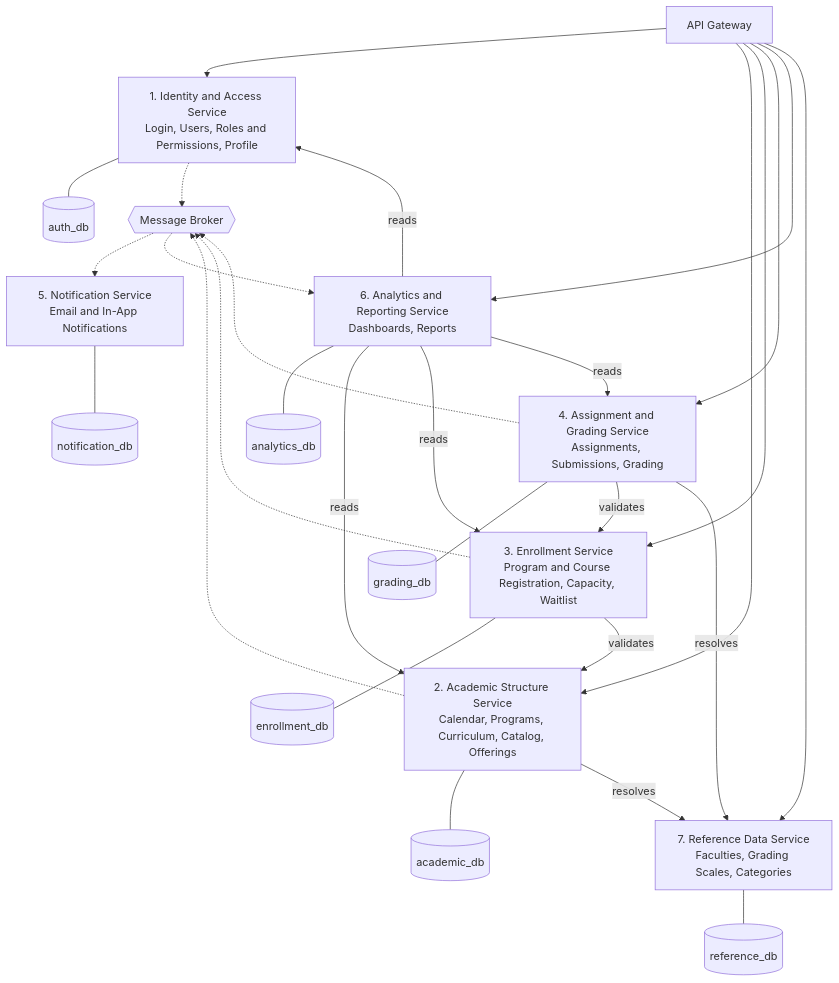
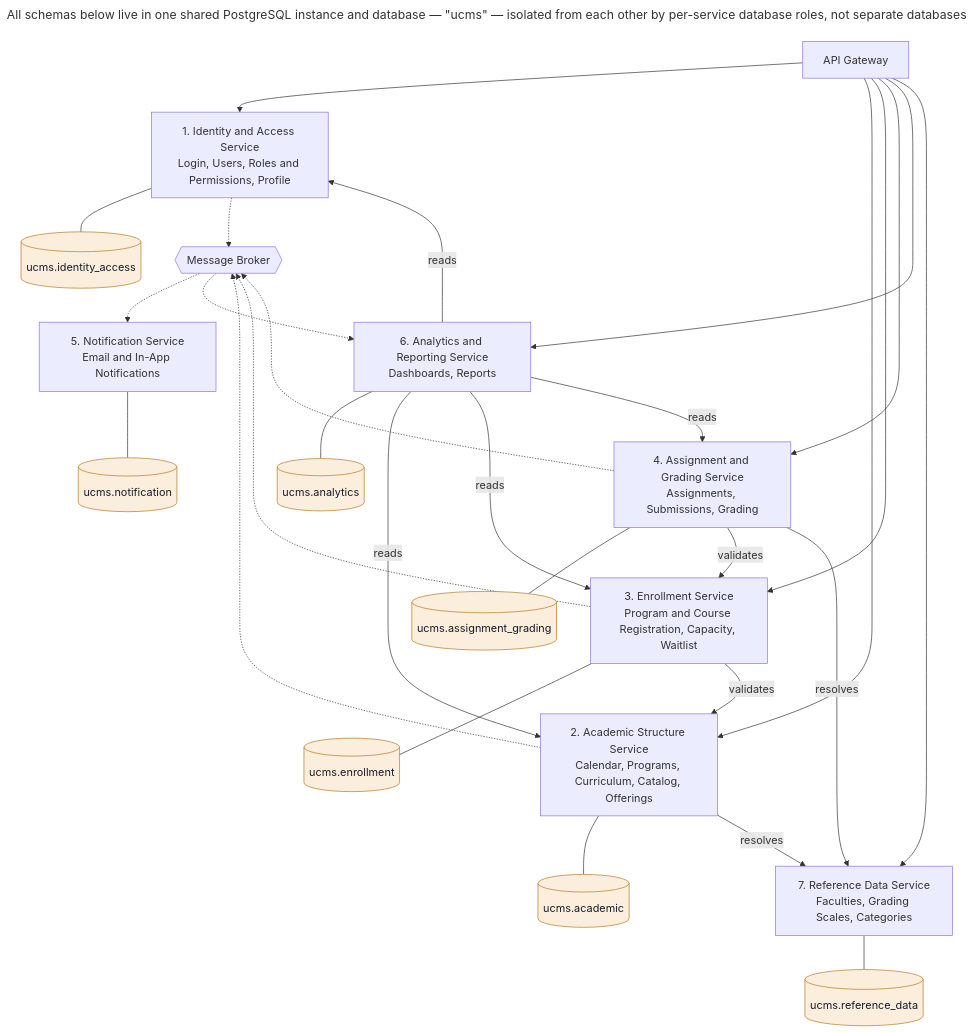
Before and after one commit to ESD-ONE/University-Course-Management-System: the diagram in docs/architecture/microservices-architecture.mmd, drawn with Mermaid. The commit also changed 19 other files, not shown here.

First line of the commit message:
Sync architecture diagrams: schema-per-service, not database-per-service

```diff
--- a/docs/architecture/microservices-architecture.mmd
+++ b/docs/architecture/microservices-architecture.mmd
@@ -1,55 +1,61 @@
+---
+title: All schemas below live in one shared PostgreSQL instance and database — "ucms" — isolated from each other by per-service database roles, not separate databases
+---
 flowchart TB
     GW["API Gateway"]
 
     IAM["1. Identity and Access Service<br/>Login, Users, Roles and Permissions, Profile"]
-    IAMDB[("auth_db")]
-    IAM --- IAMDB
+    IAMSCHEMA[("ucms.identity_access")]
+    IAM --- IAMSCHEMA
 
     ACAD["2. Academic Structure Service<br/>Calendar, Programs, Curriculum, Catalog, Offerings"]
-    ACADDB[("academic_db")]
-    ACAD --- ACADDB
+    ACADSCHEMA[("ucms.academic")]
+    ACAD --- ACADSCHEMA
 
     ENR["3. Enrollment Service<br/>Program and Course Registration, Capacity, Waitlist"]
-    ENRDB[("enrollment_db")]
-    ENR --- ENRDB
+    ENRSCHEMA[("ucms.enrollment")]
+    ENR --- ENRSCHEMA
 
     GRADE["4. Assignment and Grading Service<br/>Assignments, Submissions, Grading"]
-    GRADEDB[("grading_db")]
-    GRADE --- GRADEDB
+    GRADESCHEMA[("ucms.assignment_grading")]
+    GRADE --- GRADESCHEMA
 
     NOTIF["5. Notification Service<br/>Email and In-App Notifications"]
-    NOTIFDB[("notification_db")]
-    NOTIF --- NOTIFDB
+    NOTIFSCHEMA[("ucms.notification")]
+    NOTIF --- NOTIFSCHEMA
 
     ANALYTICS["6. Analytics and Reporting Service<br/>Dashboards, Reports"]
-    ANALYTICSDB[("analytics_db")]
-    ANALYTICS --- ANALYTICSDB
+    ANALYTICSSCHEMA[("ucms.analytics")]
+    ANALYTICS --- ANALYTICSSCHEMA
 
     REF["7. Reference Data Service<br/>Faculties, Grading Scales, Categories"]
-    REFDB[("reference_db")]
-    REF --- REFDB
+    REFSCHEMA[("ucms.reference_data")]
+    REF --- REFSCHEMA
 
     GW --> IAM
     GW --> ACAD
     GW --> ENR
     GW --> GRADE
     GW --> ANALYTICS
     GW --> REF
 
     ENR -->|validates| ACAD
     ACAD -->|resolves| REF
     GRADE -->|validates| ENR
     GRADE -->|resolves| REF
 
     MQ{{Message Broker}}
     ENR -.-> MQ
     GRADE -.-> MQ
     ACAD -.-> MQ
     IAM -.-> MQ
     MQ -.-> NOTIF
     MQ -.-> ANALYTICS
 
     ANALYTICS -->|reads| IAM
     ANALYTICS -->|reads| ACAD
     ANALYTICS -->|reads| ENR
     ANALYTICS -->|reads| GRADE
+
+    classDef schema fill:#FBEEDC,stroke:#B4791F,color:#161B29
+    class IAMSCHEMA,ACADSCHEMA,ENRSCHEMA,GRADESCHEMA,NOTIFSCHEMA,ANALYTICSSCHEMA,REFSCHEMA schema
```
